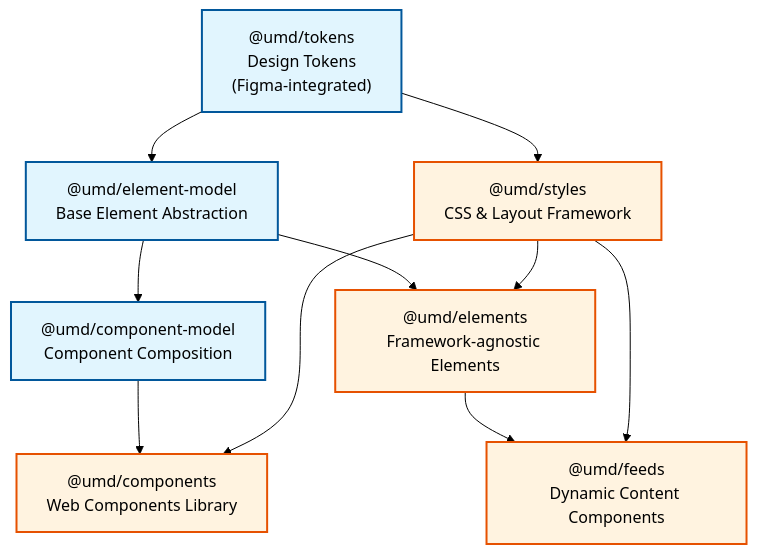
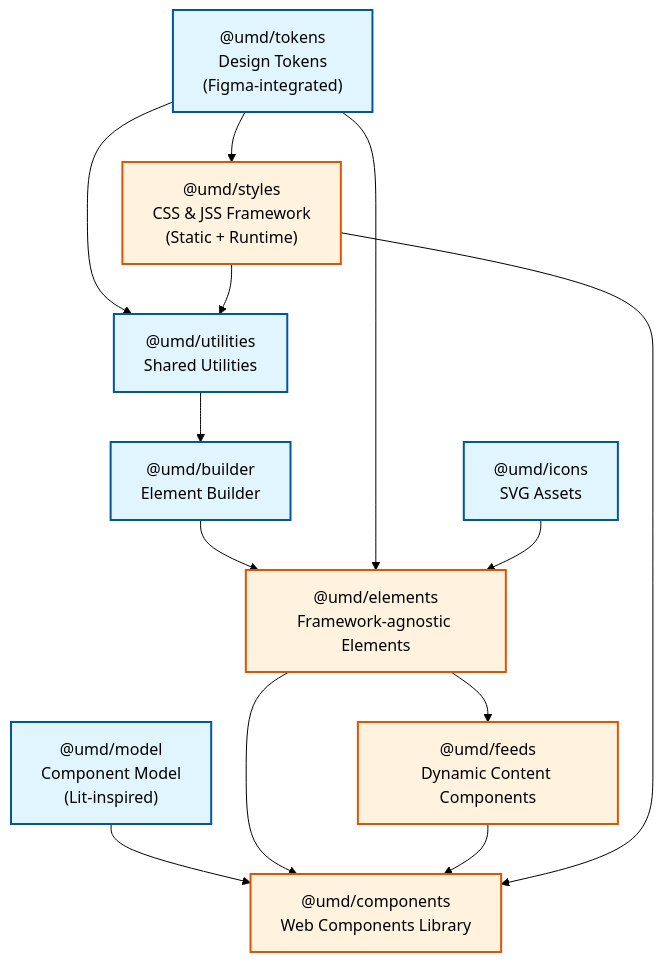
Before and after one commit to UMD-Digital/design-system: the diagram in PLAN.md, drawn with Mermaid (forest theme). The commit also changed other lines of this file and 8 other files, not shown here.

````diff
--- a/PLAN.md
+++ b/PLAN.md
@@ -27,27 +185,32 @@
 ```mermaid
 graph TD
+    icons["@umd/icons<br/>SVG Assets"]
     tokens["@umd/tokens<br/>Design Tokens<br/>(Figma-integrated)"]
-    element["@umd/element-model<br/>Base Element Abstraction"]
-    component["@umd/component-model<br/>Component Composition"]
-    
-    styles["@umd/styles<br/>CSS & Layout Framework"]
+    utilities["@umd/utilities<br/>Shared Utilities"]
+    model["@umd/model<br/>Component Model<br/>(Lit-inspired)"]
+    builder["@umd/builder<br/>Element Builder"]
+
+    styles["@umd/styles<br/>CSS & JSS Framework<br/>(Static + Runtime)"]
     elements["@umd/elements<br/>Framework-agnostic Elements"]
+    feeds["@umd/feeds<br/>Dynamic Content Components"]
     components["@umd/components<br/>Web Components Library"]
-    feeds["@umd/feeds<br/>Dynamic Content Components"]
-    
-    tokens --> element
+
     tokens --> styles
-    element --> component
-    element --> elements
-    component --> components
+    tokens --> utilities
+    styles --> utilities
+    utilities --> builder
+    builder --> elements
+    tokens --> elements
+    icons --> elements
     elements --> feeds
-    styles --> elements
+    model --> components
+    elements --> components
+    feeds --> components
     styles --> components
-    styles --> feeds
-    
+
     classDef foundation fill:#e1f5fe,stroke:#01579b,stroke-width:2px
     classDef implementation fill:#fff3e0,stroke:#e65100,stroke-width:2px
-    
-    class tokens,element,component foundation
-    class styles,elements,components,feeds implementation
+
+    class icons,tokens,utilities,model,builder foundation
+    class styles,elements,feeds,components implementation
 ```
````
